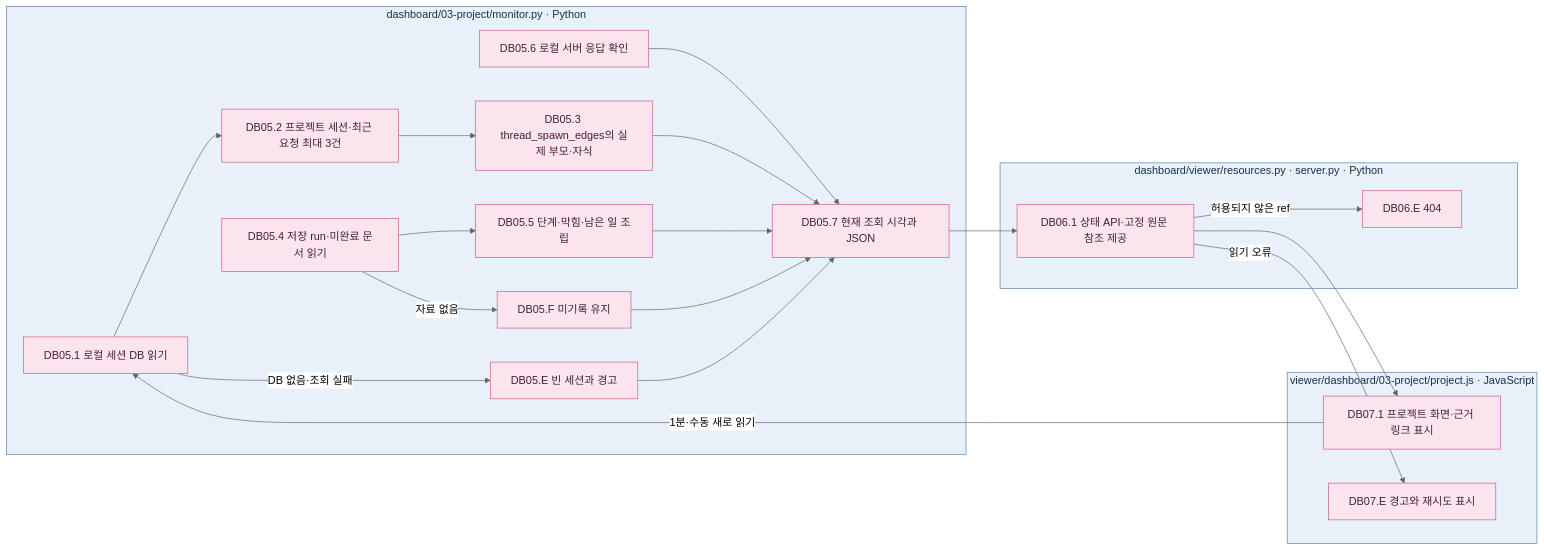
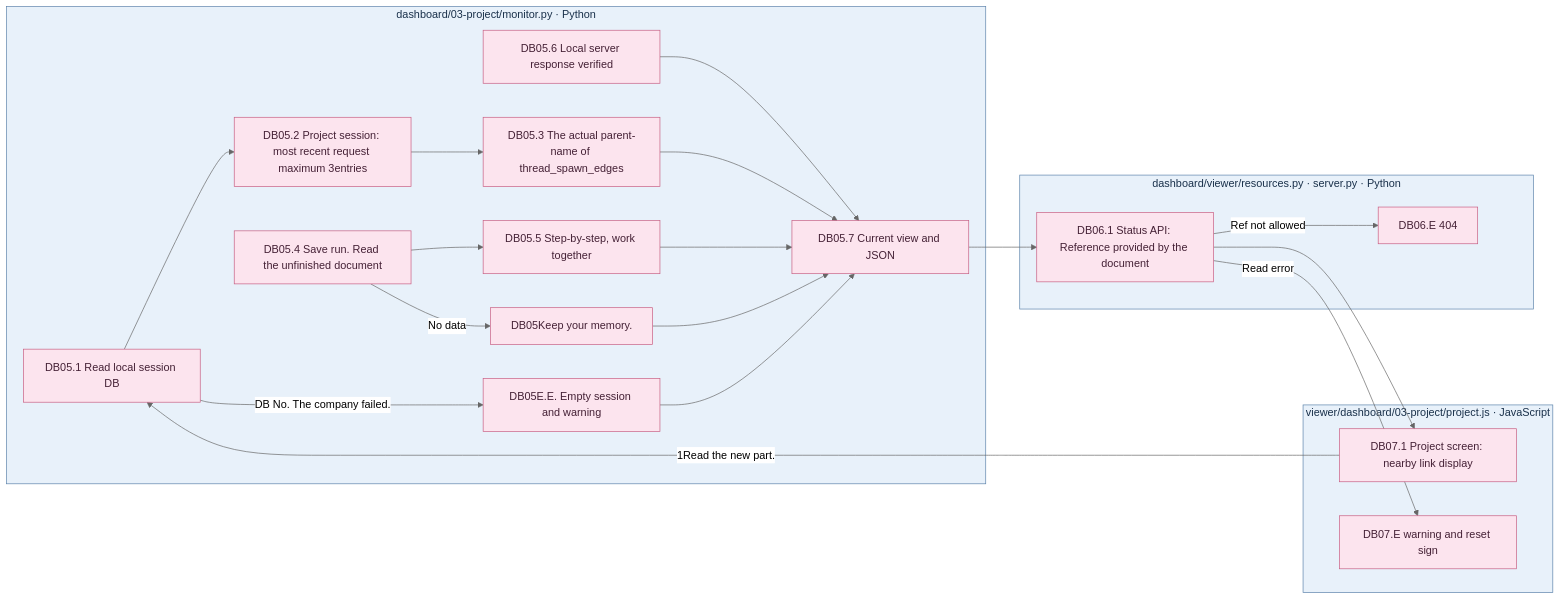
One commit to pnu-clink/finject changed the second of 2 diagrams in src/finarch/documentation/templates/source-layout/dashboard-doc.md. Above: the diagram before and after it, drawn with Mermaid (neutral theme). The commit also changed other lines of this file and 644 other files, not shown here.

````diff
--- a/src/finarch/documentation/templates/source-layout/dashboard-doc.md
+++ b/src/finarch/documentation/templates/source-layout/dashboard-doc.md
@@ -42,26 +42,26 @@
 ```mermaid
 flowchart LR
  subgraph monitor["dashboard/03-project/monitor.py · Python"]
-  M1["DB05.1 로컬 세션 DB 읽기"] --> M2["DB05.2 프로젝트 세션·최근 요청 최대 3건"]
-  M1 -->|DB 없음·조회 실패| W["DB05.E 빈 세션과 경고"]
-  M2 --> M3["DB05.3 thread_spawn_edges의 실제 부모·자식"]
-  R["DB05.4 저장 run·미완료 문서 읽기"] --> M4["DB05.5 단계·막힘·남은 일 조립"]
-  R -->|자료 없음| U["DB05.F 미기록 유지"]
-  S["DB05.6 로컬 서버 응답 확인"] --> M5["DB05.7 현재 조회 시각과 JSON"]
+  M1["DB05.1 Read local session DB"] --> M2["DB05.2 Project session: most recent request maximum 3entries"]
+  M1 -->|DB No. The company failed.| W["DB05E.E. Empty session and warning"]
+  M2 --> M3["DB05.3 The actual parent-name of thread_spawn_edges"]
+  R["DB05.4 Save run. Read the unfinished document"] --> M4["DB05.5 Step-by-step, work together"]
+  R -->|No data| U["DB05Keep your memory."]
+  S["DB05.6 Local server response verified"] --> M5["DB05.7 Current view and JSON"]
   M3 & M4 & U & W --> M5
  end
  subgraph server["dashboard/viewer/resources.py · server.py · Python"]
-  M5 --> A["DB06.1 상태 API·고정 원문 참조 제공"]
-  A -->|허용되지 않은 ref| X["DB06.E 404"]
+  M5 --> A["DB06.1 Status API: Reference provided by the document"]
+  A -->|Ref not allowed| X["DB06.E 404"]
  end
  subgraph browser["viewer/dashboard/03-project/project.js · JavaScript"]
-  A --> P["DB07.1 프로젝트 화면·근거 링크 표시"]
-  P -->|1분·수동 새로 읽기| M1
-  A -->|읽기 오류| E["DB07.E 경고와 재시도 표시"]
+  A --> P["DB07.1 Project screen: nearby link display"]
+  P -->|1Read the new part.| M1
+  A -->|Read error| E["DB07.E warning and reset sign"]
  end
  classDef detail fill:#fce4ee,stroke:#c75d81,color:#442035;
  class M1,M2,M3,R,M4,S,M5,W,U,A,X,P,E detail;
  style monitor fill:#e8f1fa,stroke:#5b82aa,color:#19304a
  style server fill:#e8f1fa,stroke:#5b82aa,color:#19304a
  style browser fill:#e8f1fa,stroke:#5b82aa,color:#19304a
 ```
````
